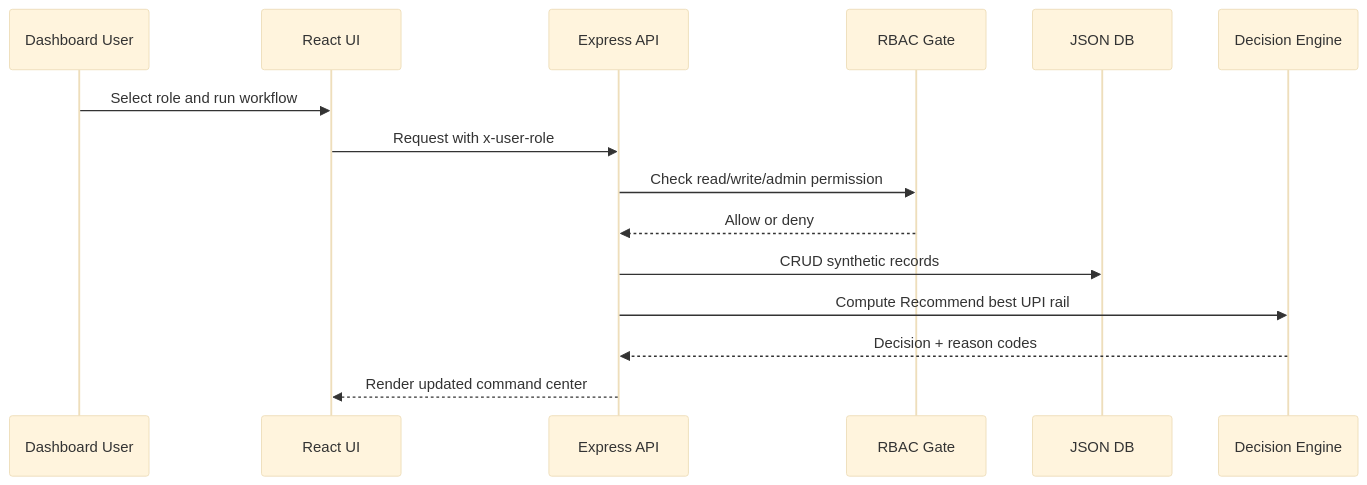
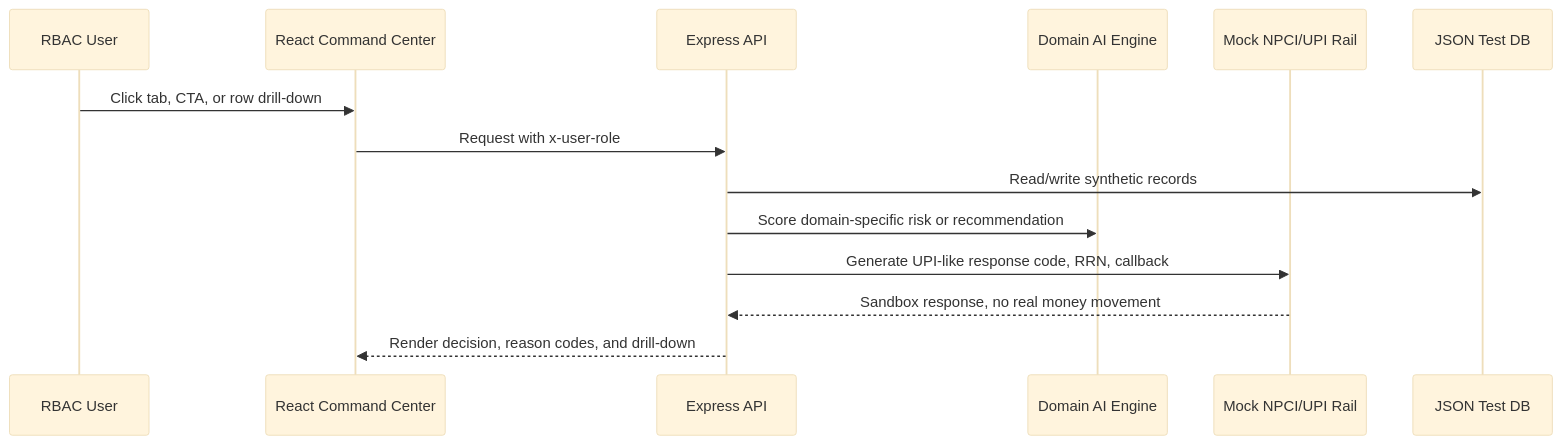
Before and after one commit to jprbom/upi-flowpilot: the second of 3 diagrams in docs/DIAGRAMS.md, drawn with Mermaid (base theme). The commit also changed other lines of this file and 15 other files, not shown here.

Commit message:
feat: wire working demo flows and mock UPI rail

```diff
--- a/docs/DIAGRAMS.md
+++ b/docs/DIAGRAMS.md
@@ -56,17 +31,16 @@
 ~~~mermaid
 sequenceDiagram
-  participant User as Dashboard User
-  participant UI as React UI
+  participant User as RBAC User
+  participant UI as React Command Center
   participant API as Express API
-  participant RBAC as RBAC Gate
-  participant DB as JSON DB
-  participant Engine as Decision Engine
-  User->>UI: Select role and run workflow
+  participant Model as Domain AI Engine
+  participant Mock as Mock NPCI/UPI Rail
+  participant DB as JSON Test DB
+  User->>UI: Click tab, CTA, or row drill-down
   UI->>API: Request with x-user-role
-  API->>RBAC: Check read/write/admin permission
-  RBAC-->>API: Allow or deny
-  API->>DB: CRUD synthetic records
-  API->>Engine: Compute Recommend best UPI rail
-  Engine-->>API: Decision + reason codes
-  API-->>UI: Render updated command center
+  API->>DB: Read/write synthetic records
+  API->>Model: Score domain-specific risk or recommendation
+  API->>Mock: Generate UPI-like response code, RRN, callback
+  Mock-->>API: Sandbox response, no real money movement
+  API-->>UI: Render decision, reason codes, and drill-down
 ~~~
```
